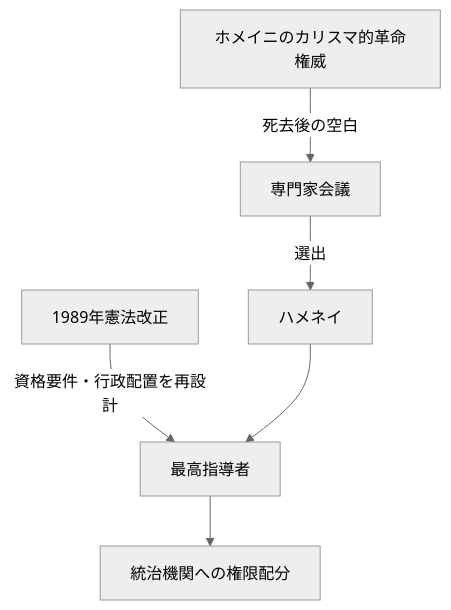
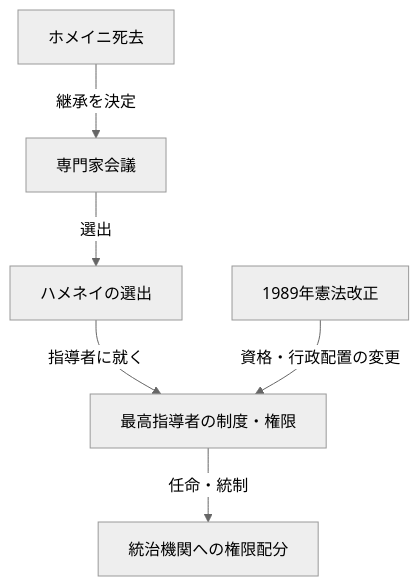
The second of 3 diagrams in articles/report/khomeini-to-khamenei-transition/ja/index.mdx (daylight55/research), drawn with Mermaid (neutral theme) before and after one commit. The commit also changed other lines of this file and 181 other files, not shown here.

First line of the commit message:
全記事の図解368点を再生成し、共通注意書きを削除 (#402)

````diff
--- a/articles/report/khomeini-to-khamenei-transition/ja/index.mdx
+++ b/articles/report/khomeini-to-khamenei-transition/ja/index.mdx
@@ -49,15 +52,16 @@
 ```mermaid
-flowchart TB
-    Khomeini["ホメイニのカリスマ的革命権威"]
-    Assembly["専門家会議"]
-    Revision["1989年憲法改正"]
-    Khamenei["ハメネイ"]
-    Leader["最高指導者"]
-    Institutions["統治機関への権限配分"]
-
-    Khomeini -->|死去後の空白| Assembly
-    Assembly -->|選出| Khamenei
-    Revision -->|資格要件・行政配置を再設計| Leader
-    Khamenei --> Leader
-    Leader --> Institutions
+flowchart TD
+  accTitle: 1989年の選出と憲法改正の関係
+  accDescr: 専門家会議によるハメネイ選出と、最高指導者の資格・行政配置を変えた憲法改正を分けて読む。
+  N0["ホメイニ死去"]
+  N1["専門家会議"]
+  N2["ハメネイの選出"]
+  N3["1989年憲法改正"]
+  N4["最高指導者の制度・権限"]
+  N5["統治機関への権限配分"]
+  N0 -->|継承を決定| N1
+  N1 -->|選出| N2
+  N2 -->|指導者に就く| N4
+  N3 -->|資格・行政配置の変更| N4
+  N4 -->|任命・統制| N5
 ```
````
